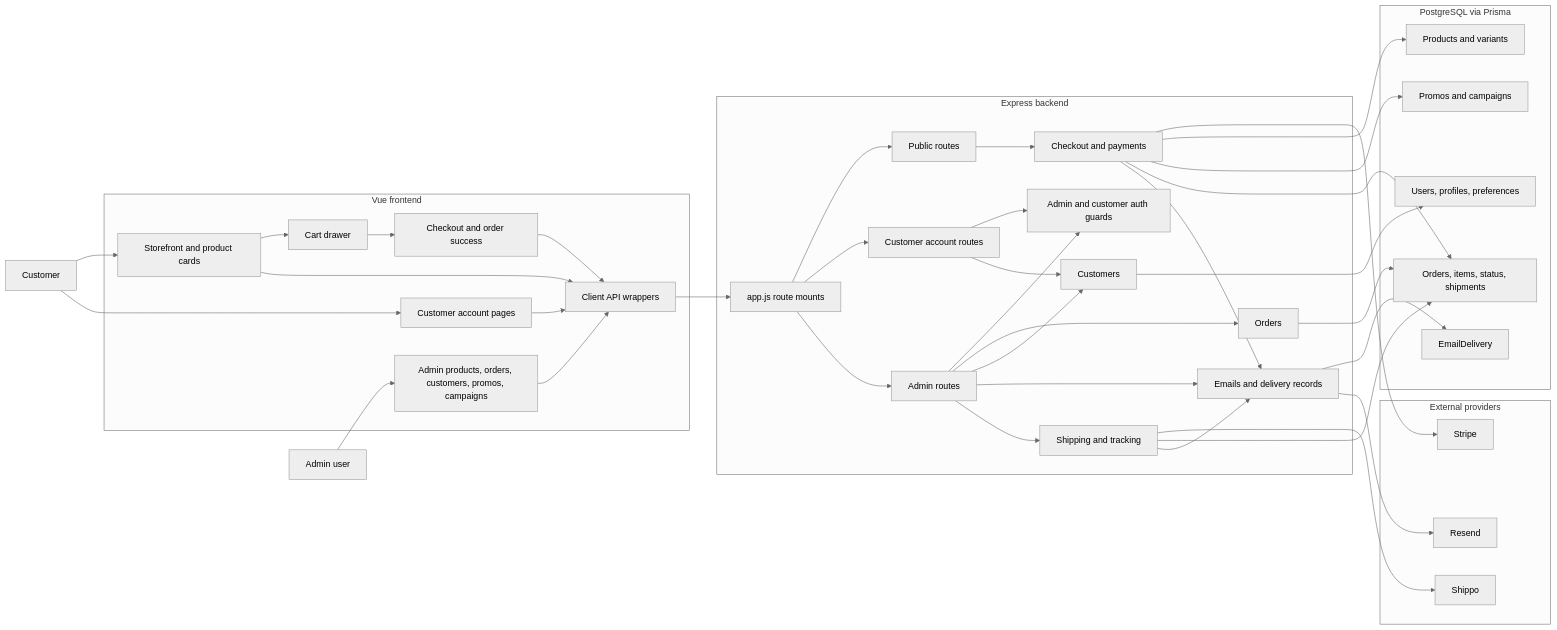
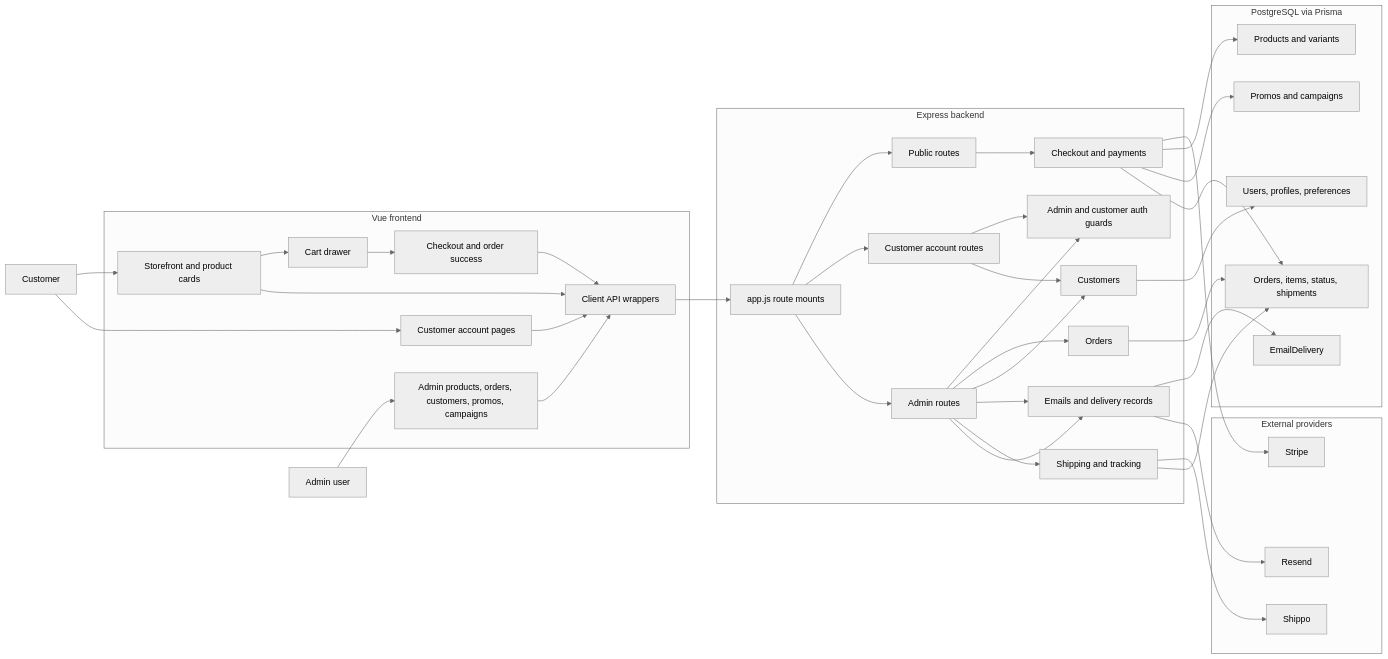
One commit to alvarezaaronAI/doggy-ent changed the first of 4 diagrams in doggy_ent_vue/docs/architecture/mockdiagram.md. Above: the diagram before and after it, drawn with Mermaid (neutral theme). The commit also changed other lines of this file and 101 other files, not shown here.

````diff
--- a/doggy_ent_vue/docs/architecture/mockdiagram.md
+++ b/doggy_ent_vue/docs/architecture/mockdiagram.md
@@ -5,79 +5,78 @@
 ```mermaid
 flowchart LR
   Customer["Customer"]
   AdminUser["Admin user"]
 
   subgraph VueApp["Vue frontend"]
     Storefront["Storefront and product cards"]
     CartDrawer["Cart drawer"]
     CheckoutView["Checkout and order success"]
     AccountViews["Customer account pages"]
     AdminCMS["Admin products, orders, customers, promos, campaigns"]
     FrontendApis["Client API wrappers"]
   end
 
   subgraph ExpressApp["Express backend"]
     App["app.js route mounts"]
     PublicRoutes["Public routes"]
     CustomerRoutes["Customer account routes"]
     AdminRoutes["Admin routes"]
     AuthGuards["Admin and customer auth guards"]
     CheckoutDomain["Checkout and payments"]
     OrdersDomain["Orders"]
     CustomersDomain["Customers"]
     EmailDomain["Emails and delivery records"]
     ShippingDomain["Shipping and tracking"]
   end
 
   subgraph Storage["PostgreSQL via Prisma"]
     ProductDB["Products and variants"]
     OrderDB["Orders, items, status, shipments"]
     CustomerDB["Users, profiles, preferences"]
     EmailDB["EmailDelivery"]
     PromoDB["Promos and campaigns"]
   end
 
   subgraph Providers["External providers"]
     Stripe["Stripe"]
     Resend["Resend"]
     Shippo["Shippo"]
   end
 
   Customer --> Storefront
   Storefront --> CartDrawer
   CartDrawer --> CheckoutView
   Customer --> AccountViews
   AdminUser --> AdminCMS
 
   Storefront --> FrontendApis
   CheckoutView --> FrontendApis
   AccountViews --> FrontendApis
   AdminCMS --> FrontendApis
 
   FrontendApis --> App
   App --> PublicRoutes
   App --> CustomerRoutes
   App --> AdminRoutes
   CustomerRoutes --> AuthGuards
   AdminRoutes --> AuthGuards
 
   PublicRoutes --> CheckoutDomain
   CustomerRoutes --> CustomersDomain
   AdminRoutes --> OrdersDomain
   AdminRoutes --> CustomersDomain
   AdminRoutes --> EmailDomain
   AdminRoutes --> ShippingDomain
 
   CheckoutDomain --> Stripe
   CheckoutDomain --> ProductDB
   CheckoutDomain --> PromoDB
   CheckoutDomain --> OrderDB
-  CheckoutDomain --> EmailDomain
   OrdersDomain --> OrderDB
   CustomersDomain --> CustomerDB
   EmailDomain --> EmailDB
   EmailDomain --> Resend
   ShippingDomain --> Shippo
   ShippingDomain --> OrderDB
-  ShippingDomain --> EmailDomain
+  AdminRoutes --> EmailDomain
 ```
````
